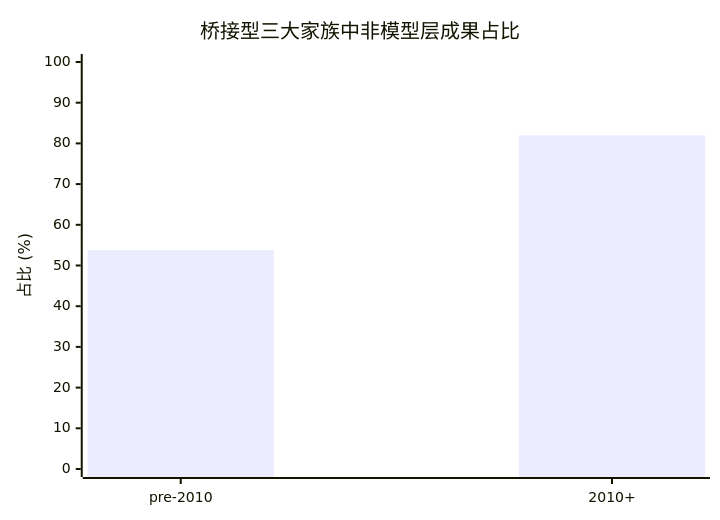
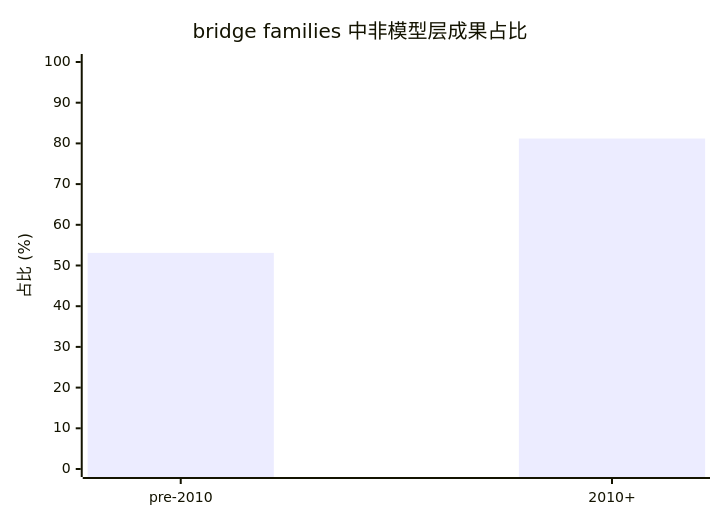
Before and after one commit to HansBug/research_ideas: diagram 14 of 15 in project_1_llm_state_machine_modeling/discussions/2026-04-06-02-10-04-AI-讨论-状态机主要类型详细综述-历史沿革与近年趋势.md, drawn with Mermaid. The commit also changed other lines of this file, not shown here.

````diff
--- a/project_1_llm_state_machine_modeling/discussions/2026-04-06-02-10-04-AI-讨论-状态机主要类型详细综述-历史沿革与近年趋势.md
+++ b/project_1_llm_state_machine_modeling/discussions/2026-04-06-02-10-04-AI-讨论-状态机主要类型详细综述-历史沿革与近年趋势.md
@@ -1038,7 +1029,7 @@
 ```mermaid
 xychart-beta
-    title "桥接型三大家族中非模型层成果占比"
+    title "bridge families 中非模型层成果占比"
     x-axis ["pre-2010", "2010+"]
     y-axis "占比 (%)" 0 --> 100
-    bar [53.8, 82.0]
+    bar [53.1, 81.2]
 ```
````
